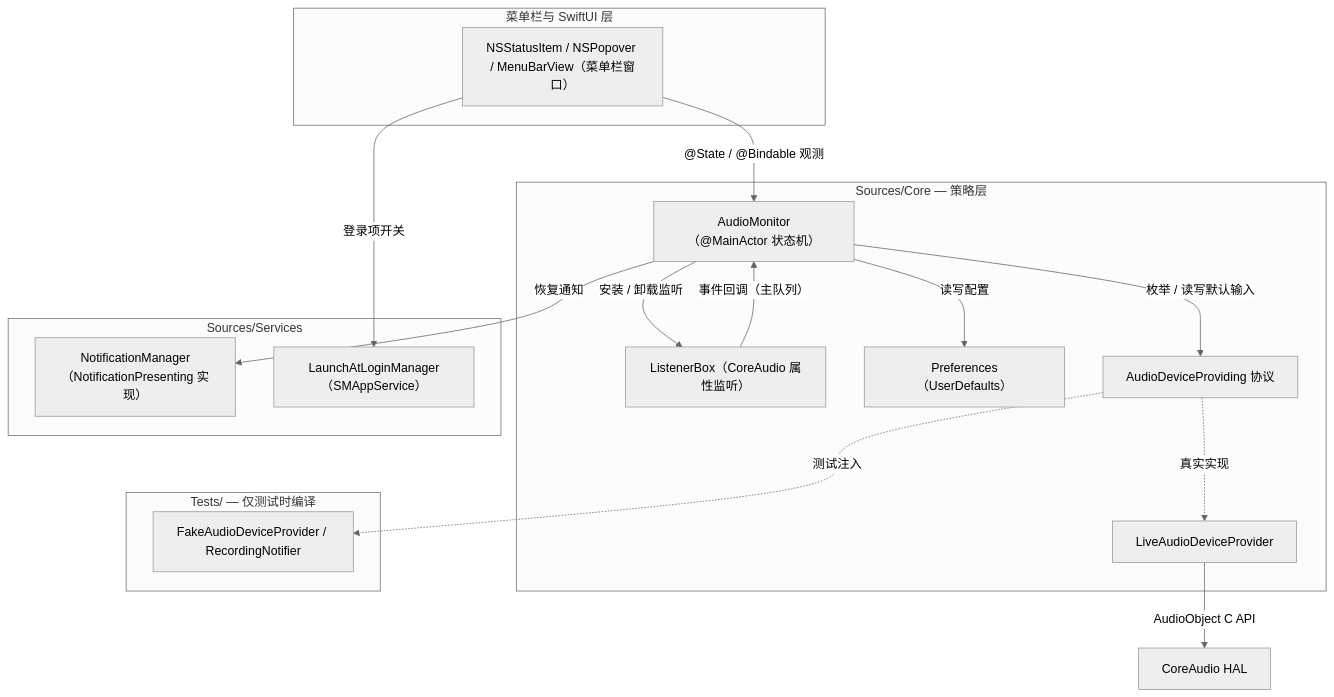
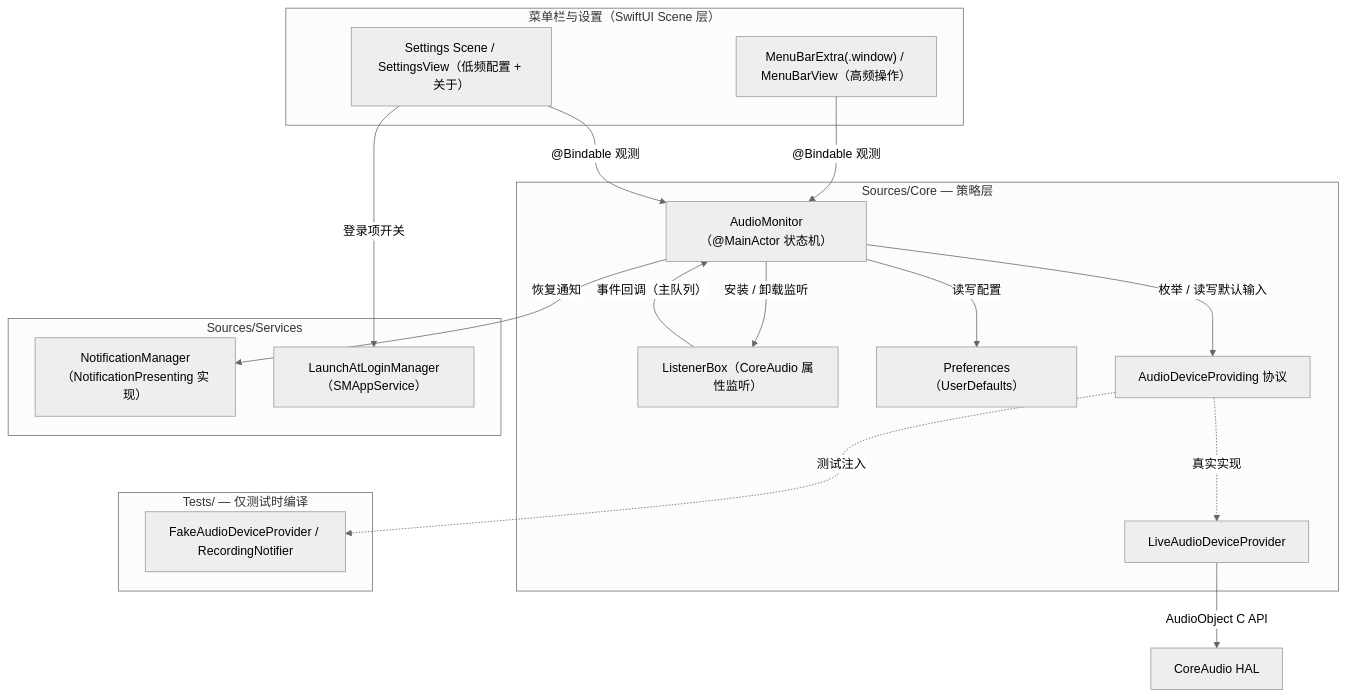
One commit to Forgo7ten/MicLock changed the first of 2 diagrams in docs/architecture.md. Above: the diagram before and after it, drawn with Mermaid (neutral theme). The commit also changed other lines of this file and 9 other files, not shown here.

````diff
--- a/docs/architecture.md
+++ b/docs/architecture.md
@@ -14,31 +14,33 @@
 ```mermaid
 flowchart TD
-    subgraph UI["菜单栏与 SwiftUI 层"]
-        APP["NSStatusItem / NSPopover / MenuBarView（菜单栏窗口）"]
+    subgraph UI["菜单栏与设置（SwiftUI Scene 层）"]
+        APP["MenuBarExtra(.window) / MenuBarView（高频操作）"]
+        SET["Settings Scene / SettingsView（低频配置 + 关于）"]
     end
     subgraph CORE["Sources/Core — 策略层"]
         AM["AudioMonitor（@MainActor 状态机）"]
         LB["ListenerBox（CoreAudio 属性监听）"]
         PR["Preferences（UserDefaults）"]
         PROV["AudioDeviceProviding 协议"]
         LIVE["LiveAudioDeviceProvider"]
     end
     subgraph SERVICES["Sources/Services"]
         NM["NotificationManager（NotificationPresenting 实现）"]
         LM["LaunchAtLoginManager（SMAppService）"]
     end
     subgraph TESTS["Tests/ — 仅测试时编译"]
         FAKE["FakeAudioDeviceProvider / RecordingNotifier"]
     end
 
-    APP -->|"@State / @Bindable 观测"| AM
-    APP -->|"登录项开关"| LM
+    APP -->|"@Bindable 观测"| AM
+    SET -->|"@Bindable 观测"| AM
+    SET -->|"登录项开关"| LM
     AM -->|"读写配置"| PR
     AM -->|"枚举 / 读写默认输入"| PROV
     AM -->|"恢复通知"| NM
     AM -->|"安装 / 卸载监听"| LB
     LB -->|"事件回调（主队列）"| AM
     PROV -.->|"真实实现"| LIVE
     PROV -.->|"测试注入"| FAKE
     LIVE -->|"AudioObject C API"| HAL["CoreAudio HAL"]
 ```
````
